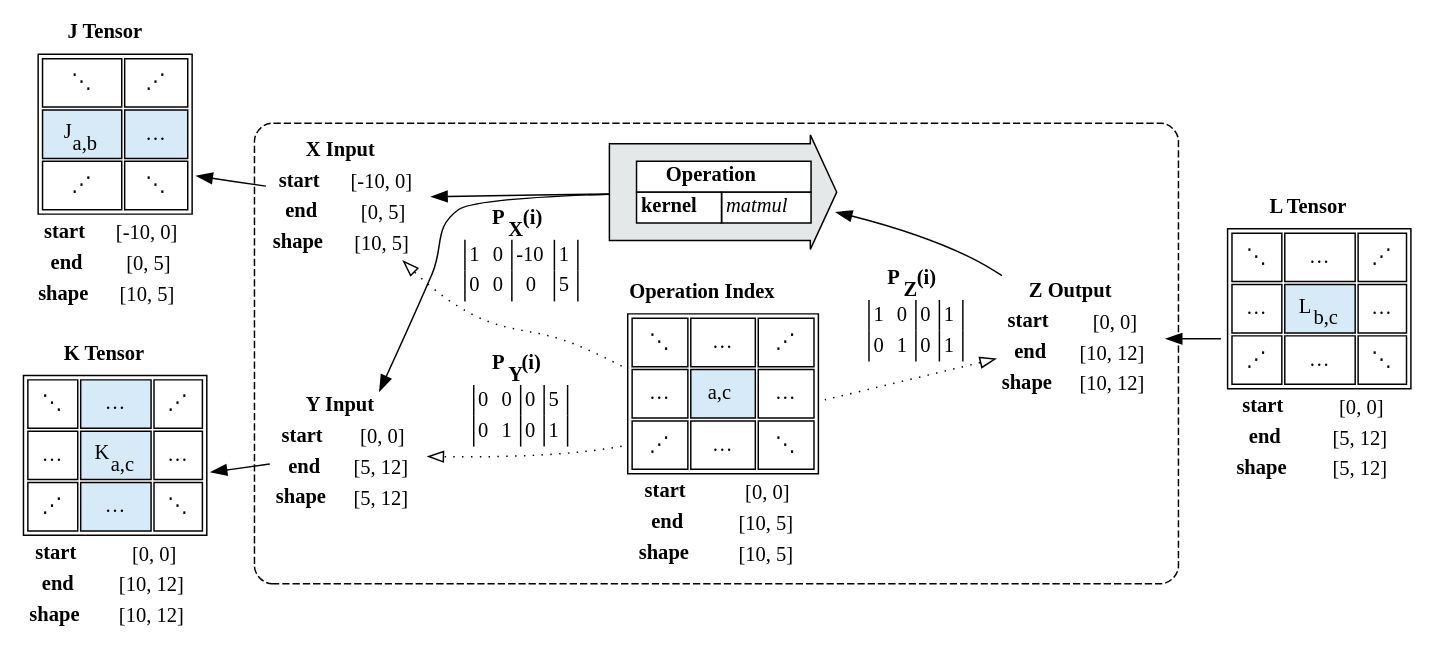
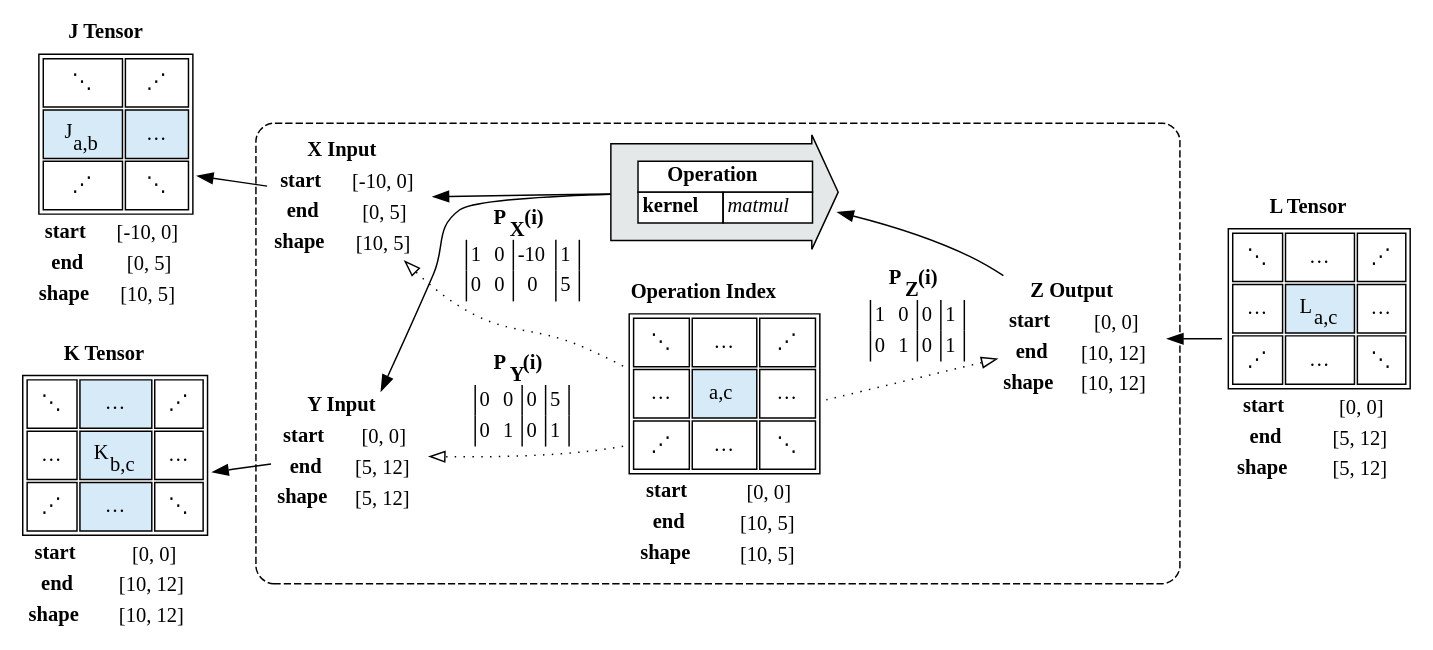
One commit to crutcher/tapestry changed the diagram in docs/PolyhedralTypes/PolyhedralTypeSignatures/matmul.example.dot. Above: the diagram before and after it, drawn with Graphviz. The commit also changed 2 other files, not shown here.

```diff
--- a/docs/PolyhedralTypes/PolyhedralTypeSignatures/matmul.example.dot
+++ b/docs/PolyhedralTypes/PolyhedralTypeSignatures/matmul.example.dot
@@ -43,7 +43,7 @@
                 </tr>
             <tr>
                 <td>…</td>
-                <td bgcolor="#D6EAF8">K<sub>a,c</sub></td>
+                <td bgcolor="#D6EAF8">K<sub>b,c</sub></td>
                 <td>…</td>
                 </tr>
             <tr>
@@ -75,7 +75,7 @@
                 </tr>
             <tr>
                 <td>…</td>
-                <td bgcolor="#D6EAF8">L<sub>b,c</sub></td>
+                <td bgcolor="#D6EAF8">L<sub>a,c</sub></td>
                 <td>…</td>
                 </tr>
             <tr>
```
